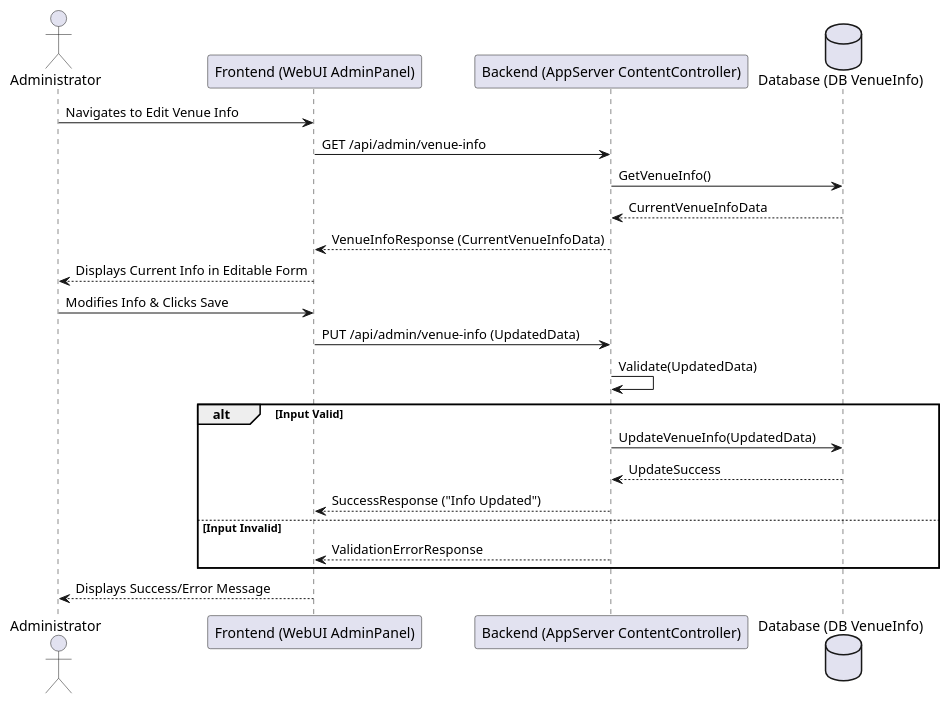
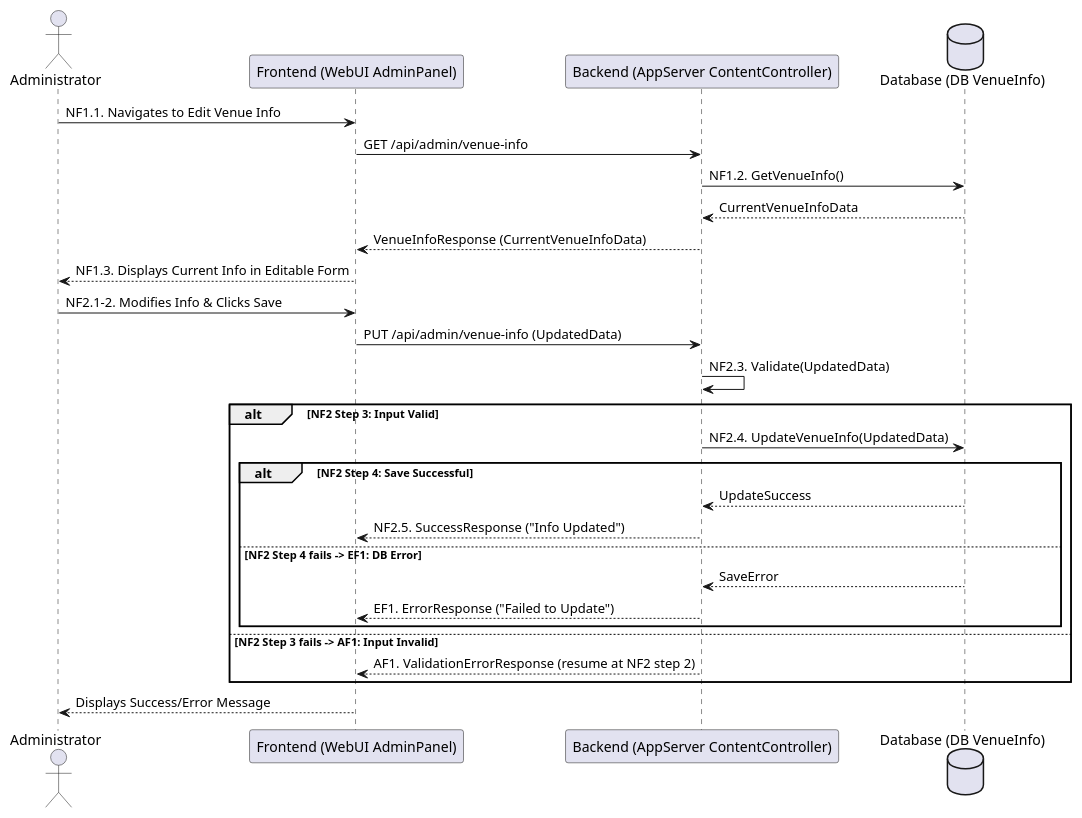
One commit to 7azmi/Al-Muneer-Portal changed diagram 14 of 36 in Academic version/appendix: SRS.md. Above: the diagram before and after it, drawn with PlantUML. The commit also changed other lines of this file and 10 other files, not shown here.

````diff
--- a/Academic version/appendix: SRS.md
+++ b/Academic version/appendix: SRS.md
@@ -761,27 +815,32 @@
 ```plantuml
 @startuml
 actor Administrator as Admin
 participant "Frontend (WebUI AdminPanel)" as UI
 participant "Backend (AppServer ContentController)" as App
 database "Database (DB VenueInfo)" as DB
 
-Admin -> UI : Navigates to Edit Venue Info
+Admin -> UI : NF1.1. Navigates to Edit Venue Info
 UI -> App : GET /api/admin/venue-info
-App -> DB : GetVenueInfo()
+App -> DB : NF1.2. GetVenueInfo()
 DB --> App : CurrentVenueInfoData
 App --> UI : VenueInfoResponse (CurrentVenueInfoData)
-UI --> Admin : Displays Current Info in Editable Form
+UI --> Admin : NF1.3. Displays Current Info in Editable Form
 
-Admin -> UI : Modifies Info & Clicks Save
+Admin -> UI : NF2.1-2. Modifies Info & Clicks Save
 UI -> App : PUT /api/admin/venue-info (UpdatedData)
-App -> App : Validate(UpdatedData)
-alt Input Valid
-  App -> DB : UpdateVenueInfo(UpdatedData)
-  DB --> App : UpdateSuccess
-  App --> UI : SuccessResponse ("Info Updated")
-else Input Invalid
-  App --> UI : ValidationErrorResponse
+App -> App : NF2.3. Validate(UpdatedData)
+alt NF2 Step 3: Input Valid
+  App -> DB : NF2.4. UpdateVenueInfo(UpdatedData)
+  alt NF2 Step 4: Save Successful
+    DB --> App : UpdateSuccess
+    App --> UI : NF2.5. SuccessResponse ("Info Updated")
+  else NF2 Step 4 fails -> EF1: DB Error
+    DB --> App : SaveError
+    App --> UI : EF1. ErrorResponse ("Failed to Update")
+  end
+else NF2 Step 3 fails -> AF1: Input Invalid
+  App --> UI : AF1. ValidationErrorResponse (resume at NF2 step 2)
 end
 UI --> Admin : Displays Success/Error Message
 @enduml
 ```
````
